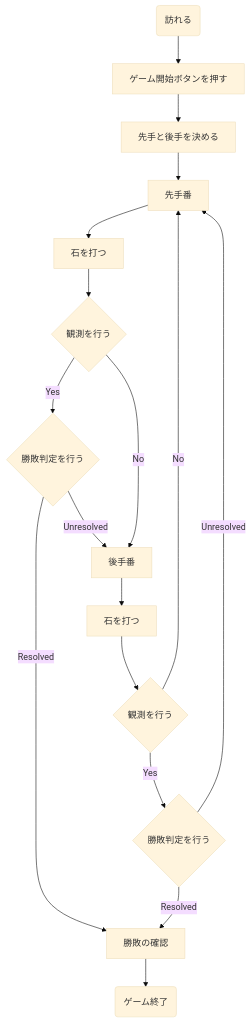
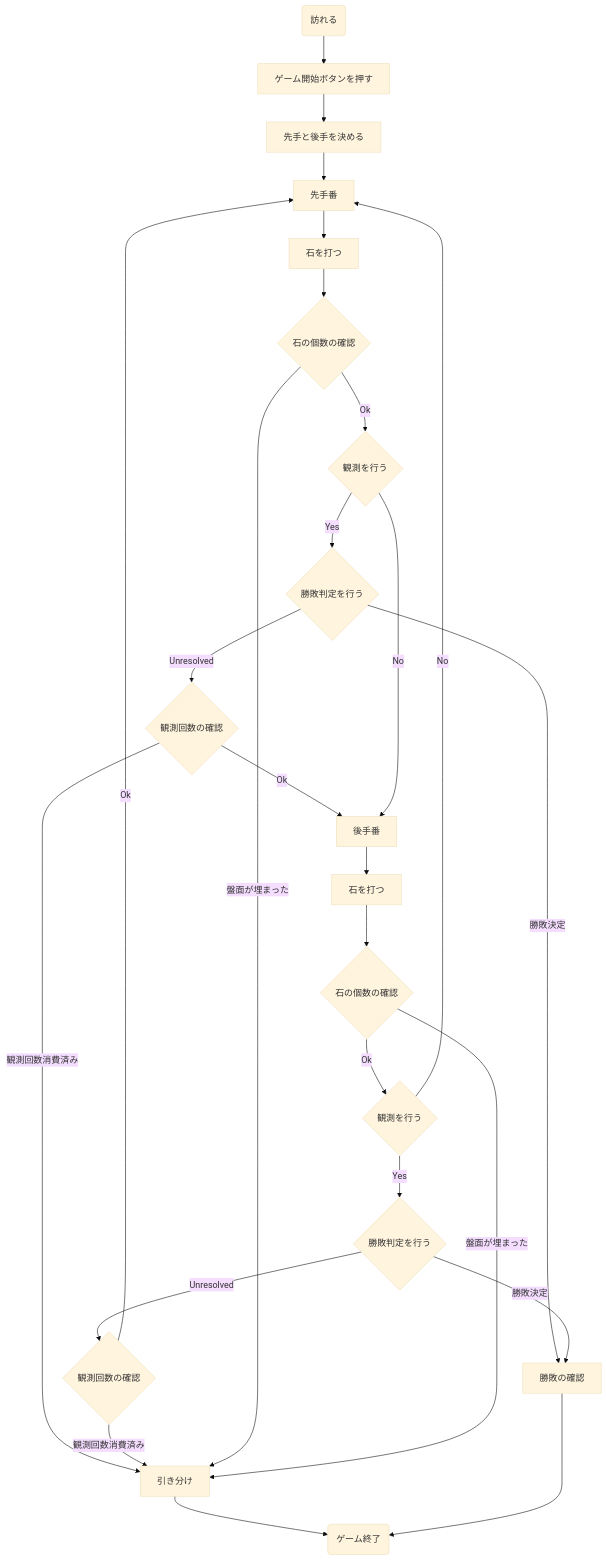
Before and after one commit to TUS-OSK/quantum-gomoku: the diagram in docs/01.Frontend/01.UserExperience/README.md, drawn with Mermaid (base theme). The commit also changed other lines of this file, not shown here.

Commit message:
引き分けの追加

````diff
--- a/docs/01.Frontend/01.UserExperience/README.md
+++ b/docs/01.Frontend/01.UserExperience/README.md
@@ -3,24 +3,30 @@
 ```mermaid
 graph TD;
-    AA("訪れる")-->BB["ゲーム開始ボタンを押す"]
-    BB-->CC["先手と後手を決める"]
-    CC-->SENTE
+    A("訪れる")-->B["ゲーム開始ボタンを押す"]
+    B-->C["先手と後手を決める"]
+    C-->SENTE
     SENTE["先手番"]
     GOTE["後手番"]
+
     SENTE-->S_stone["石を打つ"]
-    S_stone-->S_obs{"観測を行う"}
+    S_stone-->S_stone_cnt{"石の個数の確認"}
+    S_stone_cnt-->|Ok| S_obs{"観測を行う"}
     S_obs-->|Yes| S_check{"勝敗判定を行う"}
-    S_check-->|Resolved| FinFin["勝敗の確認"]
-    S_check-->|Unresolved| GOTE
+    S_check-->|Unresolved| S_obs_cnt{"観測回数の確認"}
+    S_obs_cnt-->|Ok| GOTE
     S_obs-->|No| GOTE
 
     GOTE-->G_stone["石を打つ"]
-    G_stone-->G_obs{"観測を行う"}
+    G_stone-->G_stone_cnt{"石の個数の確認"}
+    G_stone_cnt-->|Ok| G_obs{"観測を行う"}
     G_obs-->|Yes| G_check{"勝敗判定を行う"}
     G_obs-->|No| SENTE
-    G_check-->|Resolved| FinFin["勝敗の確認"]
-    G_check-->|Unresolved| SENTE
+    G_check-->|Unresolved| G_obs_cnt{"観測回数の確認"}
+    G_obs_cnt-->|Ok| SENTE
 
-    FinFin-->EndEnd("ゲーム終了")
-
+    S_obs_cnt & G_obs_cnt-->|観測回数消費済み| Draw["引き分け"]
+    S_stone_cnt & G_stone_cnt-->|盤面が埋まった| Draw
+    S_check & G_check-->|勝敗決定| Fin["勝敗の確認"]
+    Draw-->End
+    Fin-->End("ゲーム終了")
 ```
````
